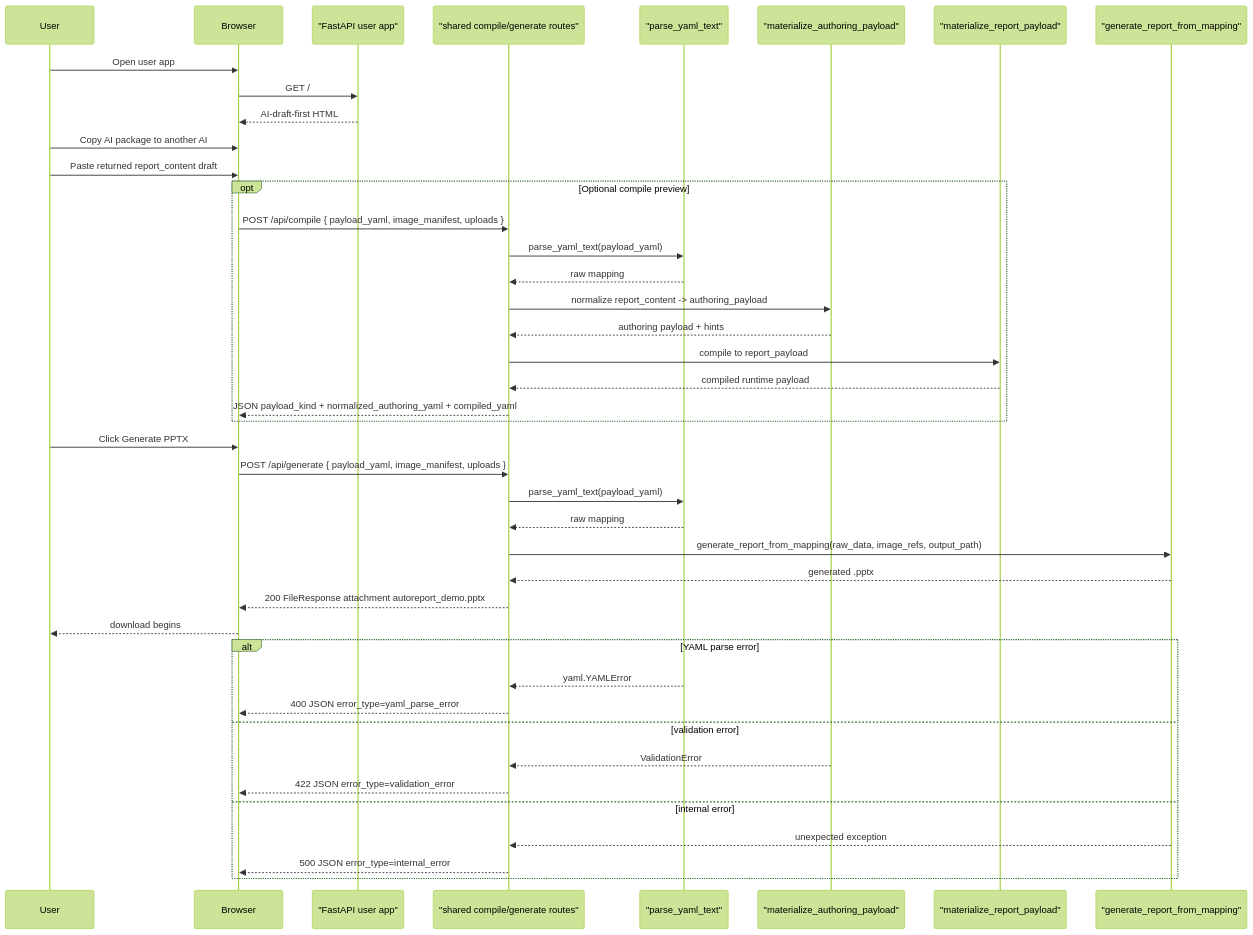
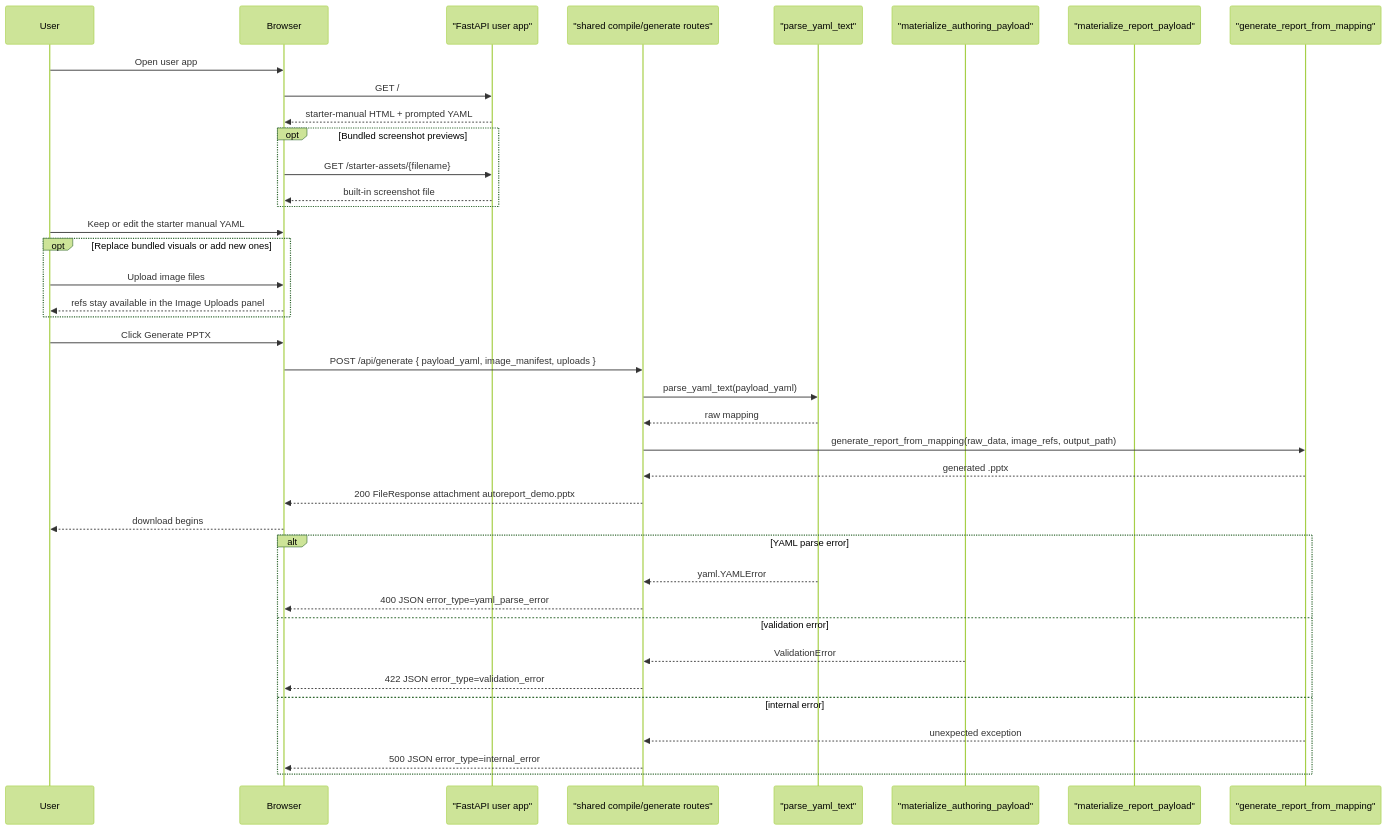
One commit to tubtrb/autoreport changed the diagram in docs/architecture/web-demo-sequence.md. Above: the diagram before and after it, drawn with Mermaid (forest theme). The commit also changed other lines of this file and 15 other files, not shown here.

````diff
--- a/docs/architecture/web-demo-sequence.md
+++ b/docs/architecture/web-demo-sequence.md
@@ -7,49 +7,45 @@
 ```mermaid
 sequenceDiagram
     participant User
     participant Browser
     participant App as "FastAPI user app"
     participant API as "shared compile/generate routes"
     participant Loader as "parse_yaml_text"
     participant Normalize as "materialize_authoring_payload"
     participant Compile as "materialize_report_payload"
     participant Generator as "generate_report_from_mapping"
 
     User->>Browser: Open user app
     Browser->>App: GET /
-    App-->>Browser: AI-draft-first HTML
+    App-->>Browser: starter-manual HTML + prompted YAML
+    opt Bundled screenshot previews
+        Browser->>App: GET /starter-assets/{filename}
+        App-->>Browser: built-in screenshot file
+    end
 
-    User->>Browser: Copy AI package to another AI
-    User->>Browser: Paste returned report_content draft
-
-    opt Optional compile preview
-        Browser->>API: POST /api/compile { payload_yaml, image_manifest, uploads }
-        API->>Loader: parse_yaml_text(payload_yaml)
-        Loader-->>API: raw mapping
-        API->>Normalize: normalize report_content -> authoring_payload
-        Normalize-->>API: authoring payload + hints
-        API->>Compile: compile to report_payload
-        Compile-->>API: compiled runtime payload
-        API-->>Browser: JSON payload_kind + normalized_authoring_yaml + compiled_yaml
+    User->>Browser: Keep or edit the starter manual YAML
+    opt Replace bundled visuals or add new ones
+        User->>Browser: Upload image files
+        Browser-->>User: refs stay available in the Image Uploads panel
     end
 
     User->>Browser: Click Generate PPTX
     Browser->>API: POST /api/generate { payload_yaml, image_manifest, uploads }
     API->>Loader: parse_yaml_text(payload_yaml)
     Loader-->>API: raw mapping
     API->>Generator: generate_report_from_mapping(raw_data, image_refs, output_path)
     Generator-->>API: generated .pptx
     API-->>Browser: 200 FileResponse attachment autoreport_demo.pptx
     Browser-->>User: download begins
 
     alt YAML parse error
         Loader-->>API: yaml.YAMLError
         API-->>Browser: 400 JSON error_type=yaml_parse_error
     else validation error
         Normalize-->>API: ValidationError
         API-->>Browser: 422 JSON error_type=validation_error
     else internal error
         Generator-->>API: unexpected exception
         API-->>Browser: 500 JSON error_type=internal_error
     end
 ```
````
